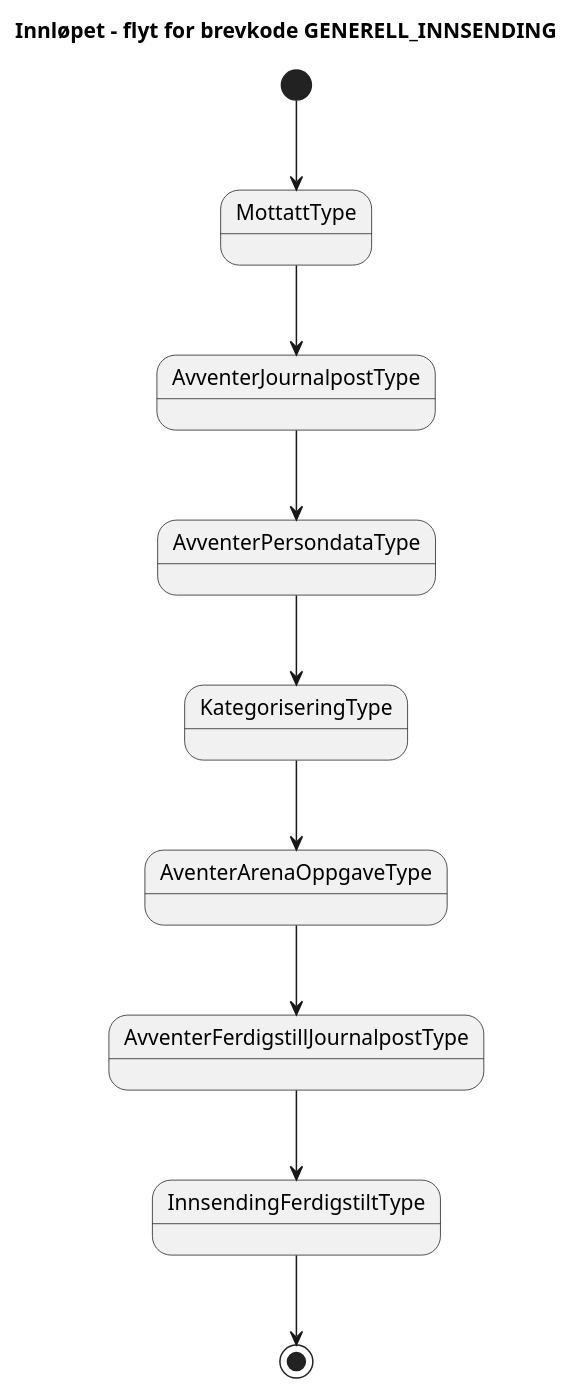
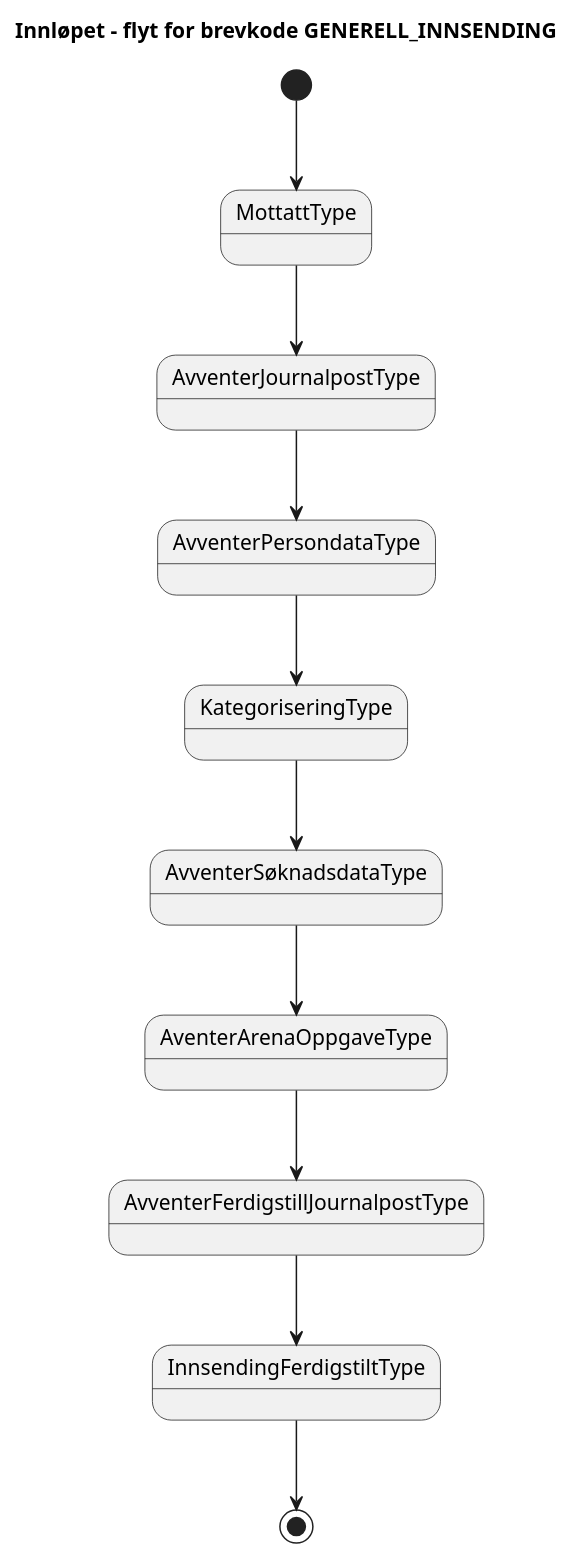
The diagram in docs/arkitektur/tilstander/GENERELL_INNSENDING.approved.puml (navikt/dp-mottak), drawn with PlantUML before and after one commit. The commit also changed 3 other files, not shown here.

```diff
--- a/docs/arkitektur/tilstander/GENERELL_INNSENDING.approved.puml
+++ b/docs/arkitektur/tilstander/GENERELL_INNSENDING.approved.puml
@@ -1,13 +1,14 @@
 @startuml
 title 
 Innløpet – flyt for brevkode GENERELL_INNSENDING
 end title           
 [*]-->MottattType 
 MottattType --> AvventerJournalpostType
 AvventerJournalpostType --> AvventerPersondataType
 AvventerPersondataType --> KategoriseringType
-KategoriseringType --> AventerArenaOppgaveType
+KategoriseringType --> AvventerSøknadsdataType
+AvventerSøknadsdataType --> AventerArenaOppgaveType
 AventerArenaOppgaveType --> AvventerFerdigstillJournalpostType
 AvventerFerdigstillJournalpostType --> InnsendingFerdigstiltType
 InnsendingFerdigstiltType--> [*]
 @enduml
```
